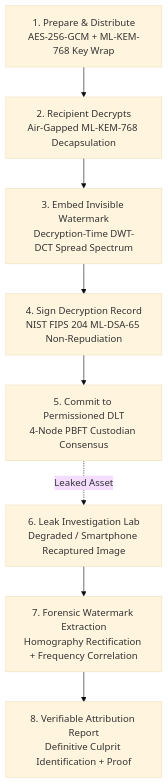
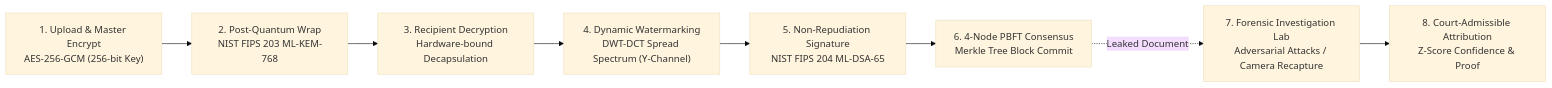
Before and after one commit to vamshimohan-777/sih-2026: the diagram in README.md, drawn with Mermaid (base theme). The commit also changed other lines of this file and 12 other files, not shown here.

Commit message:
docs & feat: add AegisTrace architecture document, setup readme, breach statistics, and forensic diff inspector

````diff
--- a/README.md
+++ b/README.md
@@ -18,10 +30,10 @@
 ```mermaid
-flowchart TD
-    A["1. Prepare & Distribute<br/>AES-256-GCM + ML-KEM-768 Key Wrap"] --> B["2. Recipient Decrypts<br/>Air-Gapped ML-KEM-768 Decapsulation"]
-    B --> C["3. Embed Invisible Watermark<br/>Decryption-Time DWT-DCT Spread Spectrum"]
-    C --> D["4. Sign Decryption Record<br/>NIST FIPS 204 ML-DSA-65 Non-Repudiation"]
-    D --> E["5. Commit to Permissioned DLT<br/>4-Node PBFT Custodian Consensus"]
-    E -. Leaked Asset .-> F["6. Leak Investigation Lab<br/>Degraded / Smartphone Recaptured Image"]
-    F --> G["7. Forensic Watermark Extraction<br/>Homography Rectification + Frequency Correlation"]
-    G --> H["8. Verifiable Attribution Report<br/>Definitive Culprit Identification + Proof"]
+flowchart LR
+    A["1. Upload & Master Encrypt<br/>AES-256-GCM (256-bit Key)"] --> B["2. Post-Quantum Wrap<br/>NIST FIPS 203 ML-KEM-768"]
+    B --> C["3. Recipient Decryption<br/>Hardware-bound Decapsulation"]
+    C --> D["4. Dynamic Watermarking<br/>DWT-DCT Spread Spectrum (Y-Channel)"]
+    D --> E["5. Non-Repudiation Signature<br/>NIST FIPS 204 ML-DSA-65"]
+    E --> F["6. 4-Node PBFT Consensus<br/>Merkle Tree Block Commit"]
+    F -. Leaked Document .-> G["7. Forensic Investigation Lab<br/>Adversarial Attacks / Camera Recapture"]
+    G --> H["8. Court-Admissible Attribution<br/>Z-Score Confidence & Proof"]
 ```
````
